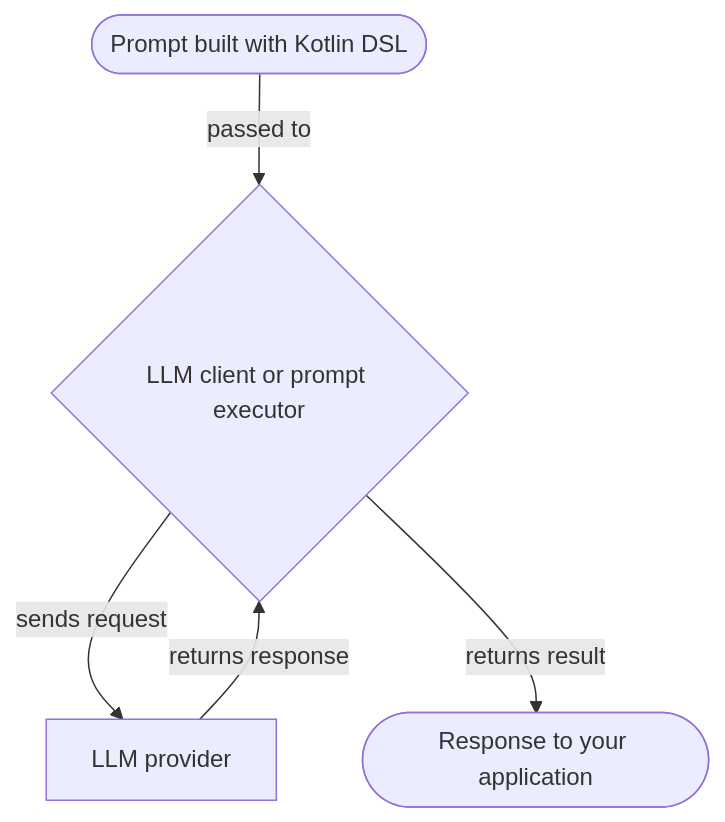
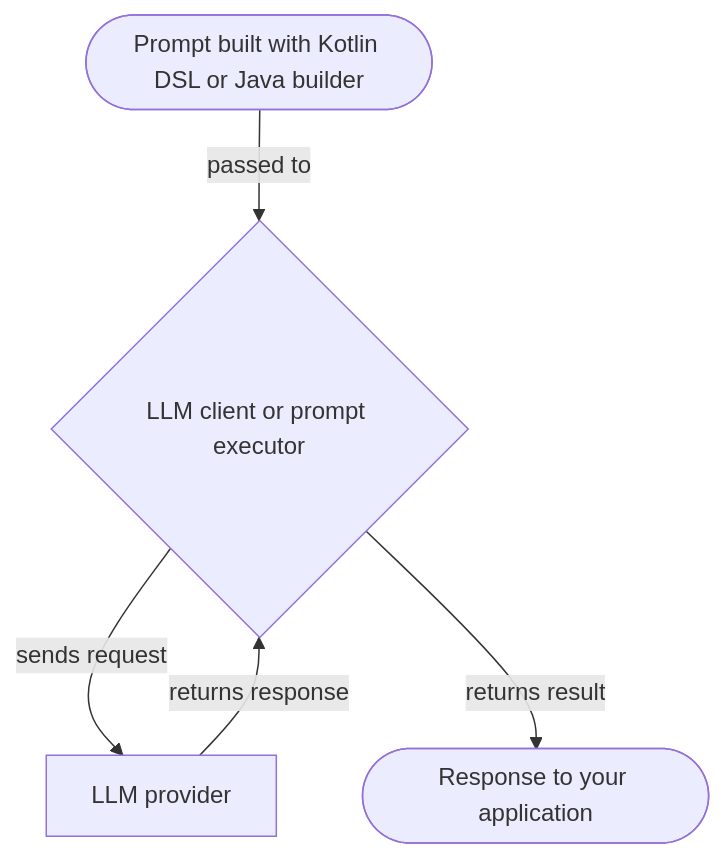
Before and after one commit to JetBrains/koog: the first of 2 diagrams in docs/docs/prompts/index.md, drawn with Mermaid. The commit also changed other lines of this file and 2 other files, not shown here.

````diff
--- a/docs/docs/prompts/index.md
+++ b/docs/docs/prompts/index.md
@@ -64,12 +64,12 @@
 ```mermaid
 flowchart TB
-    A([Prompt built with Kotlin DSL])
+    A([Prompt built with Kotlin DSL or Java builder])
     B{LLM client or prompt executor}
     C[LLM provider]
     D([Response to your application])
 
     A -->|"passed to"| B
     B -->|"sends request"| C
     C -->|"returns response"| B
     B -->|"returns result"| D
 ```
````
